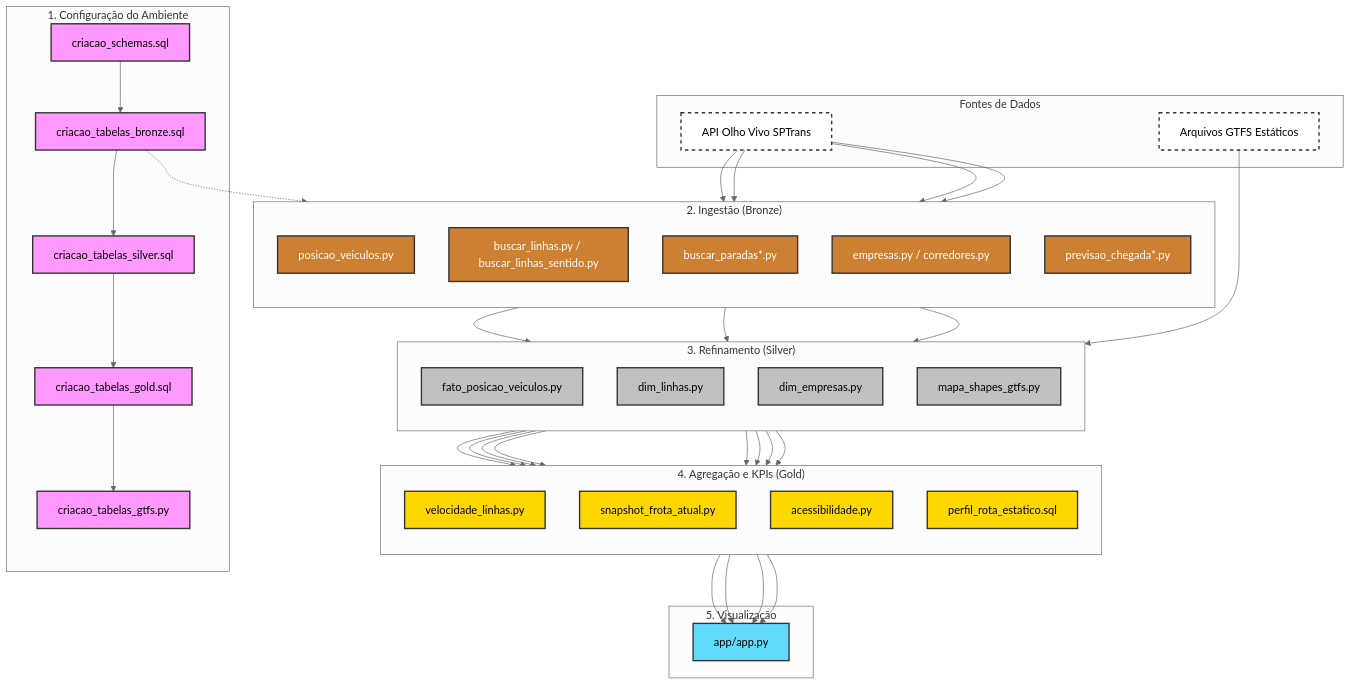
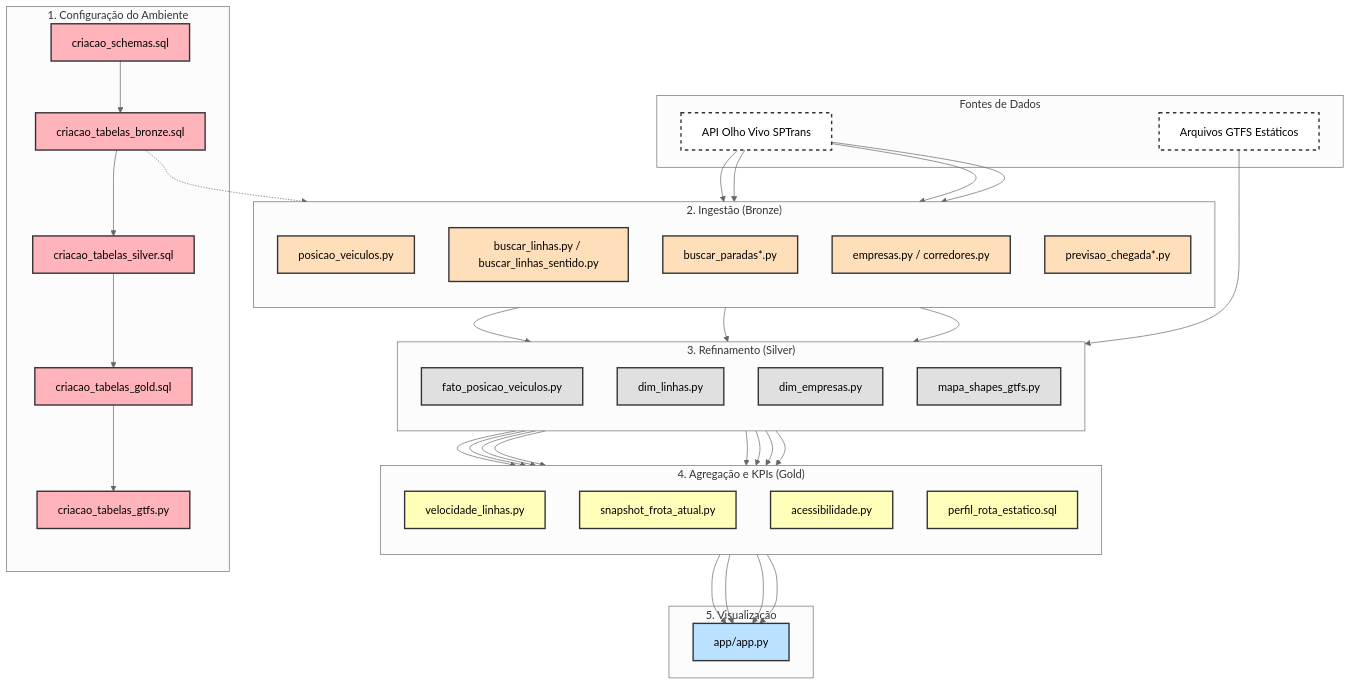
Before and after one commit to lesoame/mba-olhovivo-databricks: the diagram in README.md, drawn with Mermaid (neutral theme). The commit also changed other lines of this file, not shown here.

````diff
--- a/README.md
+++ b/README.md
@@ -18,77 +19,77 @@
 ```mermaid
 graph TD
-    %% Definição de Estilos
-    classDef config fill:#f9f,stroke:#333,stroke-width:2px;
-    classDef bronze fill:#cd7f32,stroke:#333,stroke-width:2px,color:white;
-    classDef silver fill:#c0c0c0,stroke:#333,stroke-width:2px;
-    classDef gold fill:#ffd700,stroke:#333,stroke-width:2px;
-    classDef app fill:#61dafb,stroke:#333,stroke-width:2px;
-    classDef source fill:#fff,stroke:#333,stroke-width:2px,stroke-dasharray: 5 5;
+    %% Definição de Estilos - CORES AJUSTADAS PARA TEXTO PRETO
+    classDef config fill:#ffb3ba,stroke:#333,stroke-width:2px,color:#000;
+    classDef bronze fill:#ffdfba,stroke:#333,stroke-width:2px,color:#000;
+    classDef silver fill:#e0e0e0,stroke:#333,stroke-width:2px,color:#000;
+    classDef gold fill:#ffffba,stroke:#333,stroke-width:2px,color:#000;
+    classDef app fill:#bae1ff,stroke:#333,stroke-width:2px,color:#000;
+    classDef source fill:#fff,stroke:#333,stroke-width:2px,stroke-dasharray: 5 5,color:#000;
 
     subgraph Fontes_Externas ["Fontes de Dados"]
         API_OlhoVivo["API Olho Vivo SPTrans"]:::source
         GTFS_Files["Arquivos GTFS Estáticos"]:::source
     end
 
-    subgraph Ambiente ["1. Configuração do Ambiente"]
+    subgraph Env_Setup ["1. Configuração do Ambiente"]
         Schemas["criacao_schemas.sql"]:::config
         Tab_Bronze["criacao_tabelas_bronze.sql"]:::config
         Tab_Silver["criacao_tabelas_silver.sql"]:::config
         Tab_Gold["criacao_tabelas_gold.sql"]:::config
         Tab_GTFS["criacao_tabelas_gtfs.py"]:::config
     end
 
     subgraph Bronze_Layer ["2. Ingestão (Bronze)"]
         direction TB
         Ingest_Posicao["posicao_veiculos.py"]:::bronze
         Ingest_Linhas["buscar_linhas.py / buscar_linhas_sentido.py"]:::bronze
         Ingest_Paradas["buscar_paradas*.py"]:::bronze
         Ingest_Empresas["empresas.py / corredores.py"]:::bronze
         Ingest_Previsao["previsao_chegada*.py"]:::bronze
     end
 
     subgraph Silver_Layer ["3. Refinamento (Silver)"]
         direction TB
         Fato_Posicao["fato_posicao_veiculos.py"]:::silver
         Dim_Linhas["dim_linhas.py"]:::silver
         Dim_Empresas["dim_empresas.py"]:::silver
         Mapa_Shapes["mapa_shapes_gtfs.py"]:::silver
     end
 
     subgraph Gold_Layer ["4. Agregação e KPIs (Gold)"]
         direction TB
         KPI_Velocidade["velocidade_linhas.py"]:::gold
         KPI_Snapshot["snapshot_frota_atual.py"]:::gold
         KPI_Acessibilidade["acessibilidade.py"]:::gold
         KPI_Rota["perfil_rota_estatico.sql"]:::gold
     end
 
     subgraph Visualization ["5. Visualização"]
         Streamlit_App["app/app.py"]:::app
     end
 
     %% Conexões
     Schemas --> Tab_Bronze --> Tab_Silver --> Tab_Gold --> Tab_GTFS
     
     API_OlhoVivo --> Ingest_Posicao
     API_OlhoVivo --> Ingest_Linhas
     API_OlhoVivo --> Ingest_Paradas
     API_OlhoVivo --> Ingest_Empresas
     
     Tab_Bronze -.-> Ingest_Posicao
     
     Ingest_Posicao --> Fato_Posicao
     Ingest_Linhas --> Dim_Linhas
     Ingest_Empresas --> Dim_Empresas
     GTFS_Files --> Mapa_Shapes
     
     Fato_Posicao & Dim_Linhas --> KPI_Velocidade
     Fato_Posicao & Dim_Linhas & Dim_Empresas --> KPI_Snapshot
     Dim_Linhas & Fato_Posicao --> KPI_Acessibilidade
     Mapa_Shapes --> KPI_Rota
     
     KPI_Velocidade --> Streamlit_App
     KPI_Snapshot --> Streamlit_App
     KPI_Rota --> Streamlit_App
     KPI_Acessibilidade --> Streamlit_App
 ```
````
